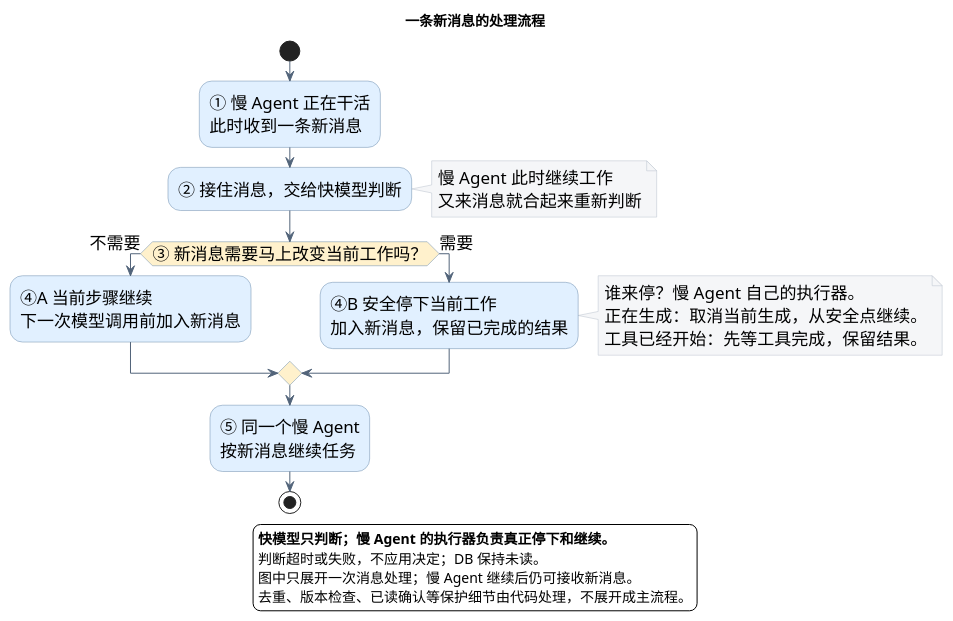
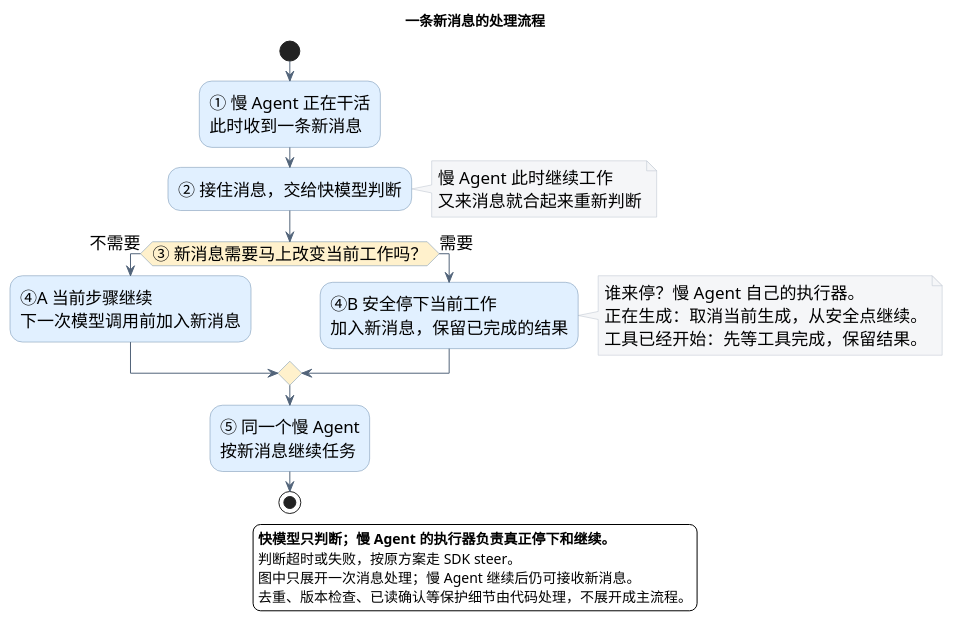
Before and after one commit to zuiho-kai/jiuwenswarm: the diagram in docs/diagrams/duplex-routing-flow.puml, drawn with PlantUML. The commit also changed 17 other files, not shown here.

```diff
--- a/docs/diagrams/duplex-routing-flow.puml
+++ b/docs/diagrams/duplex-routing-flow.puml
@@ -1,40 +1,40 @@
 @startuml duplex-routing-flow
 title 一条新消息的处理流程
 skinparam defaultFontName Microsoft YaHei
 skinparam defaultFontSize 17
 skinparam shadowing false
 skinparam backgroundColor #FFFFFF
 skinparam ArrowColor #52647A
 skinparam activityBackgroundColor #E1F0FF
 skinparam activityBorderColor #6A8BAB
 skinparam activityDiamondBackgroundColor #FFF1CC
 skinparam noteBackgroundColor #F5F6F8
 skinparam noteBorderColor #B8C1CC
 
 start
 :① 慢 Agent 正在干活\n此时收到一条新消息;
 :② 接住消息，交给快模型判断;
 note right
   慢 Agent 此时继续工作
   又来消息就合起来重新判断
 end note
 if (③ 新消息需要马上改变当前工作吗？) then (不需要)
   :④A 当前步骤继续\n下一次模型调用前加入新消息;
 else (需要)
   :④B 安全停下当前工作\n加入新消息，保留已完成的结果;
   note right
     谁来停？慢 Agent 自己的执行器。
     正在生成：取消当前生成，从安全点继续。
     工具已经开始：先等工具完成，保留结果。
   end note
 endif
 :⑤ 同一个慢 Agent\n按新消息继续任务;
 stop
 
 legend bottom
   **快模型只判断；慢 Agent 的执行器负责真正停下和继续。**
-  判断超时或失败，不应用决定；DB 保持未读。
+  判断超时或失败，按原方案走 SDK steer。
   图中只展开一次消息处理；慢 Agent 继续后仍可接收新消息。
   去重、版本检查、已读确认等保护细节由代码处理，不展开成主流程。
 endlegend
 @enduml
```
